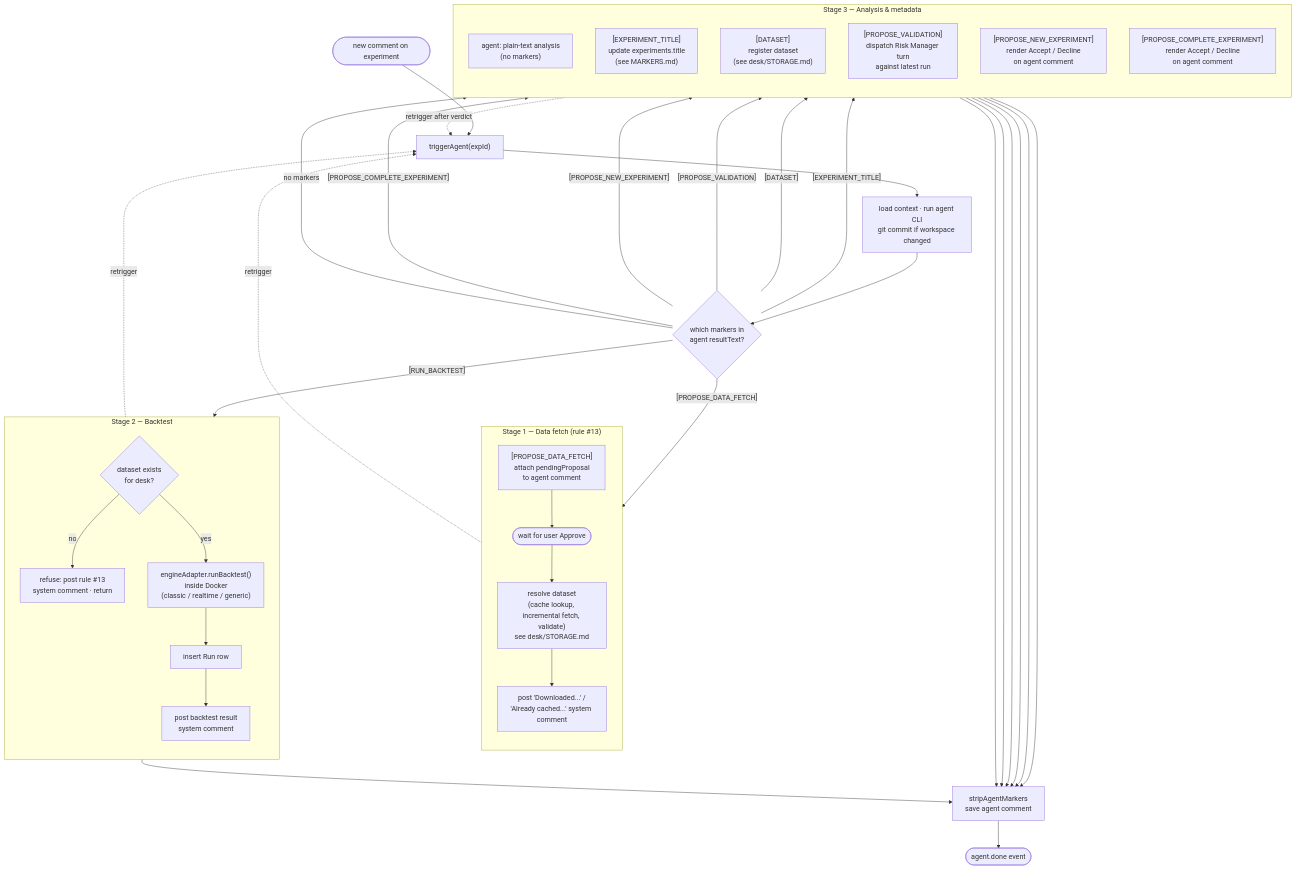
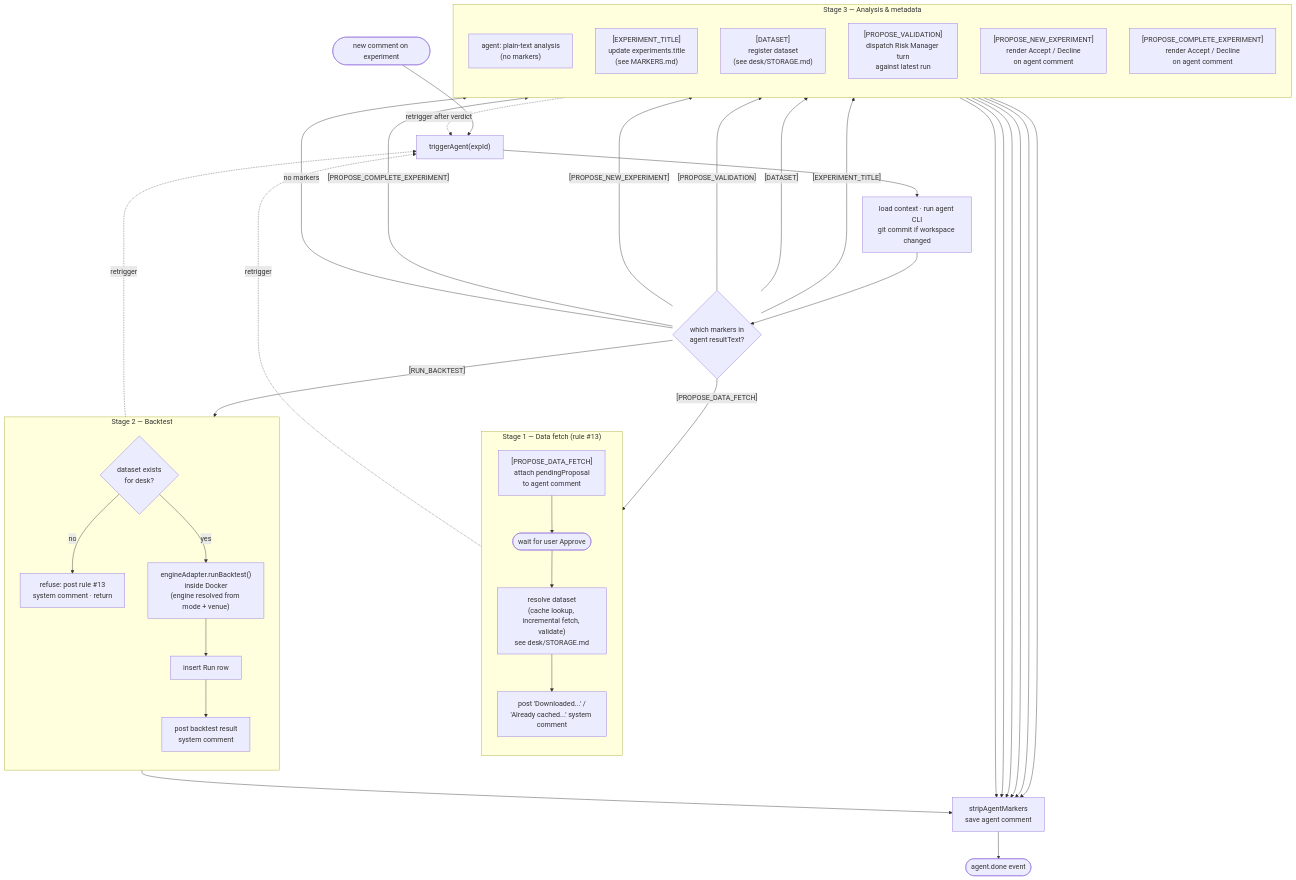
The first of 2 diagrams in doc/agent/LIFECYCLE.md (0xbet-ai/QuantDesk), drawn with Mermaid before and after one commit. The commit also changed other lines of this file and 1 other file, not shown here.

Commit message:
docs: tighten LIFECYCLE no-retry wording; clarify generic is engine not strategy_mode

````diff
--- a/doc/agent/LIFECYCLE.md
+++ b/doc/agent/LIFECYCLE.md
@@ -9,62 +9,62 @@
 ```mermaid
 %%{init: {'flowchart': {'nodeSpacing': 55, 'rankSpacing': 65, 'htmlLabels': true}, 'themeVariables': {'fontSize': '17px'}}}%%
 flowchart TD
     Start(["new comment on experiment"]) --> Trigger["triggerAgent(expId)"]
     Trigger --> Ctx["load context · run agent CLI<br/>git commit if workspace changed"]
     Ctx --> Parse{"which markers in<br/>agent resultText?"}
 
     %% ── STAGE 1: data fetch lifecycle ──
     subgraph S1["Stage 1 — Data fetch (rule #13)"]
         direction TB
         P1["#91;PROPOSE_DATA_FETCH#93;<br/>attach pendingProposal<br/>to agent comment"]
         P2(["wait for user Approve"])
         PL["resolve dataset<br/>(cache lookup, incremental fetch, validate)<br/>see desk/STORAGE.md"]
         P4["post 'Downloaded...' /<br/>'Already cached...' system comment"]
         P1 --> P2 --> PL --> P4
     end
 
     %% ── STAGE 2: backtest lifecycle ──
     subgraph S2["Stage 2 — Backtest"]
         direction TB
         B0{"dataset exists<br/>for desk?"}
         B1["refuse: post rule #13<br/>system comment · return"]
-        B2["engineAdapter.runBacktest()<br/>inside Docker<br/>(classic / realtime / generic)"]
+        B2["engineAdapter.runBacktest()<br/>inside Docker<br/>(engine resolved from mode + venue)"]
         B3["insert Run row"]
         B4["post backtest result<br/>system comment"]
         B0 -- no --> B1
         B0 -- yes --> B2 --> B3 --> B4
     end
 
     %% ── STAGE 3: analysis / metadata ──
     subgraph S3["Stage 3 — Analysis &amp; metadata"]
         direction TB
         A1["agent: plain-text analysis<br/>(no markers)"]
         A2["#91;EXPERIMENT_TITLE#93;<br/>update experiments.title<br/>(see MARKERS.md)"]
         A3["#91;DATASET#93;<br/>register dataset<br/>(see desk/STORAGE.md)"]
         A4["#91;PROPOSE_VALIDATION#93;<br/>dispatch Risk Manager turn<br/>against latest run"]
         A5["#91;PROPOSE_NEW_EXPERIMENT#93;<br/>render Accept / Decline<br/>on agent comment"]
         A6["#91;PROPOSE_COMPLETE_EXPERIMENT#93;<br/>render Accept / Decline<br/>on agent comment"]
     end
 
     Parse -- "#91;PROPOSE_DATA_FETCH#93;" --> P1
     Parse -- "#91;RUN_BACKTEST#93;" --> B0
     Parse -- "#91;EXPERIMENT_TITLE#93;" --> A2
     Parse -- "#91;DATASET#93;" --> A3
     Parse -- "#91;PROPOSE_VALIDATION#93;" --> A4
     Parse -- "#91;PROPOSE_NEW_EXPERIMENT#93;" --> A5
     Parse -- "#91;PROPOSE_COMPLETE_EXPERIMENT#93;" --> A6
     Parse -- "no markers" --> A1
 
     %% retrigger edges showing the stage cycle
     P4 -. "retrigger" .-> Trigger
     B4 -. "retrigger" .-> Trigger
     A4 -. "retrigger after verdict" .-> Trigger
     A1 --> Strip
     A2 --> Strip
     A3 --> Strip
     A4 --> Strip
     A5 --> Strip
     A6 --> Strip
     B1 --> Strip
     Strip["stripAgentMarkers<br/>save agent comment"] --> Done(["agent.done event"])
 ```
````
